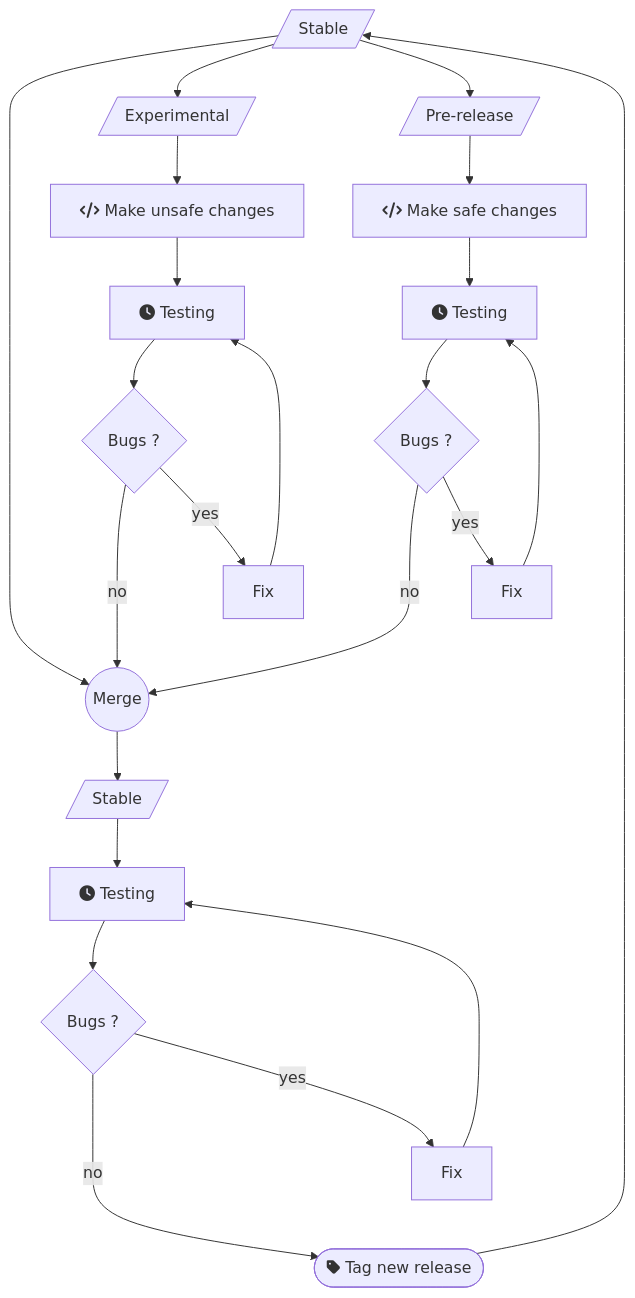
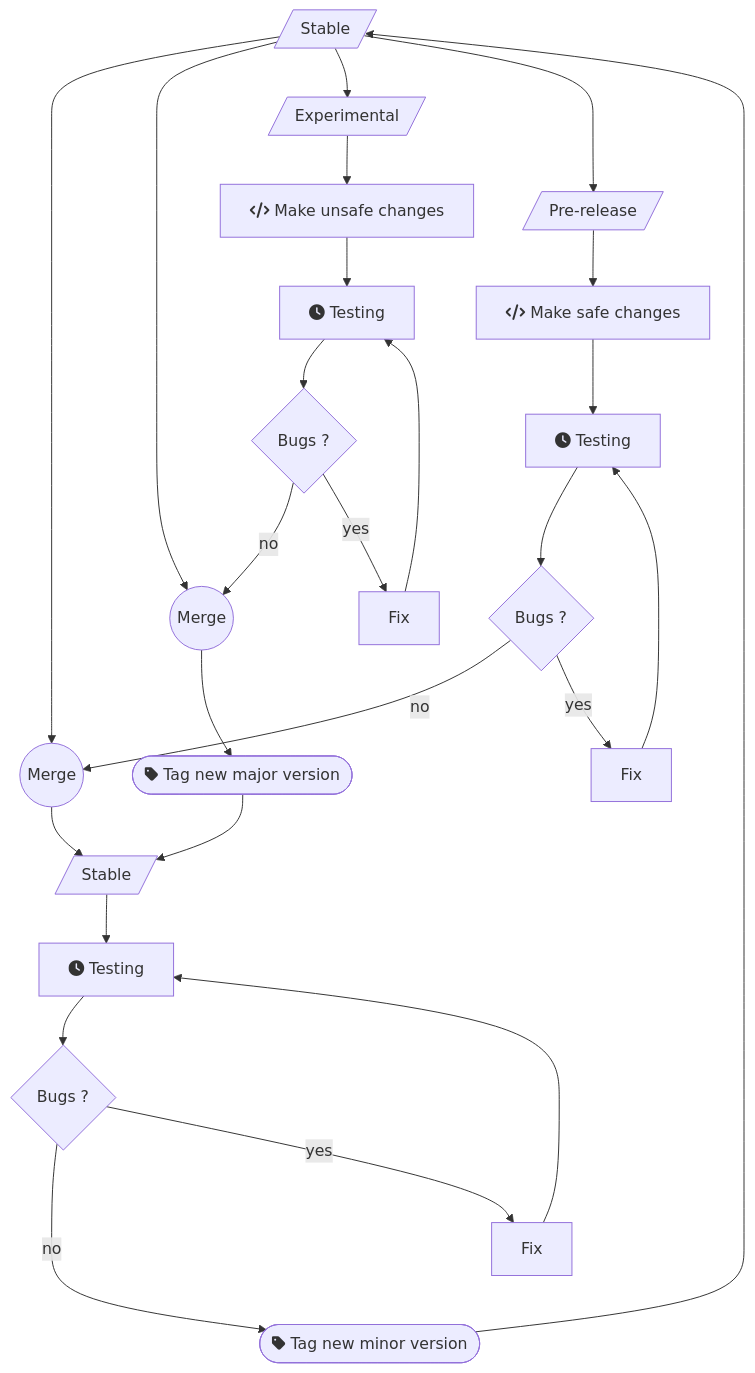
Before and after one commit to darktable-org/dtdocs: the diagram in content/install/_index.md, drawn with Mermaid. The commit also changed other lines of this file, not shown here.

Commit message:
Update release cycle graph

````diff
--- a/content/install/_index.md
+++ b/content/install/_index.md
@@ -35,34 +35,37 @@
 ```mermaid
 graph TD;
 	master[/Stable/];
 	candidate[/Pre-release/];
 	dev[/Experimental/];
 	master2[/Stable/];
 
-	master ------> m1((Merge));
+	master -------> m1((Merge));
+	master ------> m2((Merge));
 	m1 --> master2;
+
 	master --> dev;
+	dev --> c3[fa:fa-code Make unsafe changes];
+	c3 --> t3[fa:fa-clock Testing];
+	t3 --> r3{Bugs ?};
+	r3 -- no --> m2;
+	r3 -- yes --> f3[Fix];
+	f3 --> t3;
+	m2 --> p2([fa:fa-tag Tag new major version]);
+	p2 --> master2;
+
 	master --> candidate;
-
 	candidate --> c1[fa:fa-code Make safe changes];
 	c1 --> t1[fa:fa-clock Testing];
 	t1 --> r1{Bugs ?};
-	r1 -- no ---> m1;
+	r1 -- no --> m1;
 	r1 -- yes --> f1[Fix];
 	f1 ---> t1;
 
-	dev --> c3[fa:fa-code Make unsafe changes];
-	c3 --> t3[fa:fa-clock Testing];
-	t3 --> r3{Bugs ?};
-	r3 -- no ---> m1;
-	r3 -- yes --> f3[Fix];
-	f3 --> t3;
-
 	master2 --> t2[fa:fa-clock Testing];
 	t2 --> r2{Bugs ?};
-	r2 -- no ---> p1([fa:fa-tag Tag new release])
+	r2 -- no ---> p1([fa:fa-tag Tag new minor version])
 	r2 -- yes --> f2[Fix];
 	f2 ---> t2;
 	p1 -----------> master;
 
 ```
````
